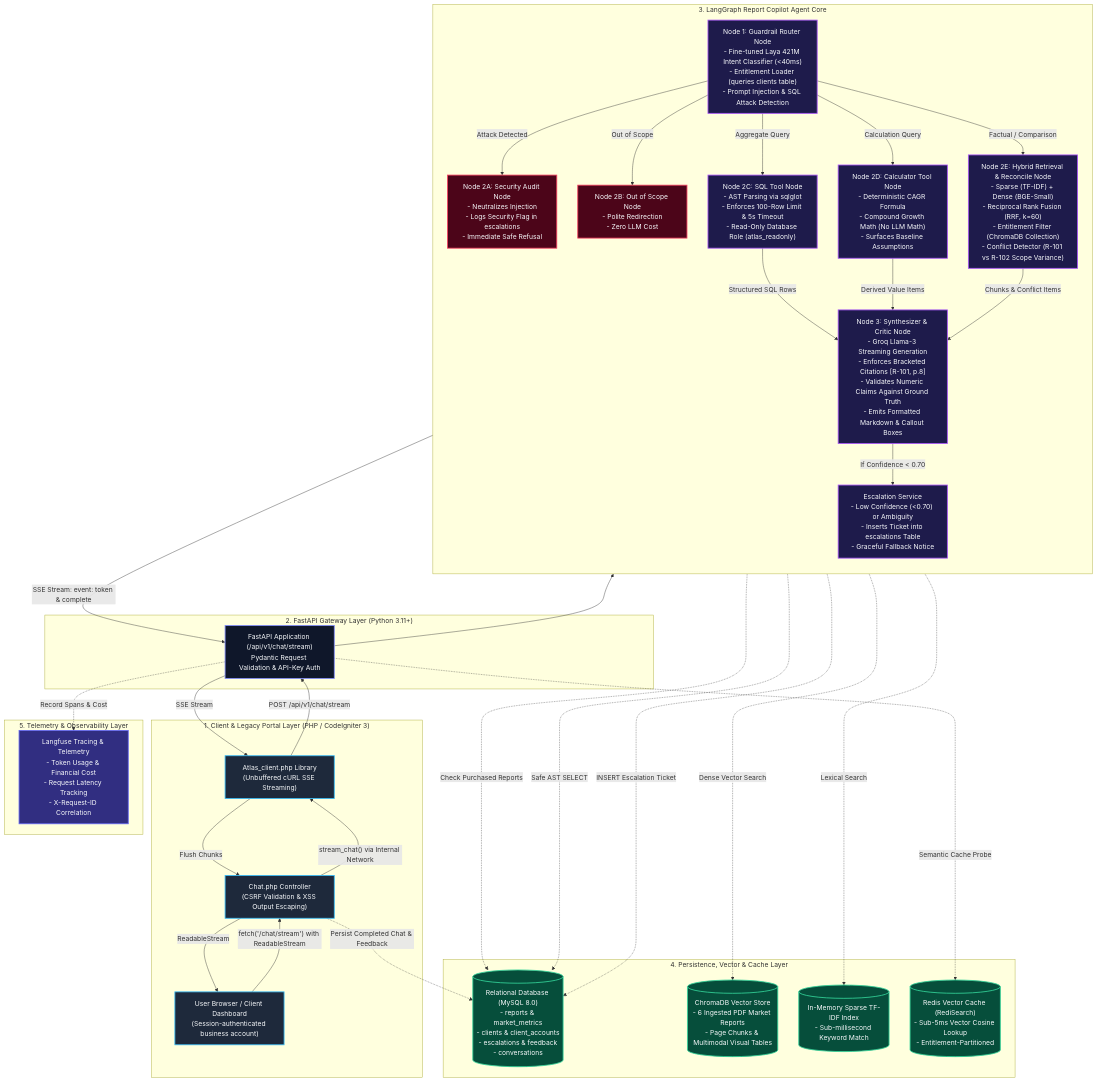
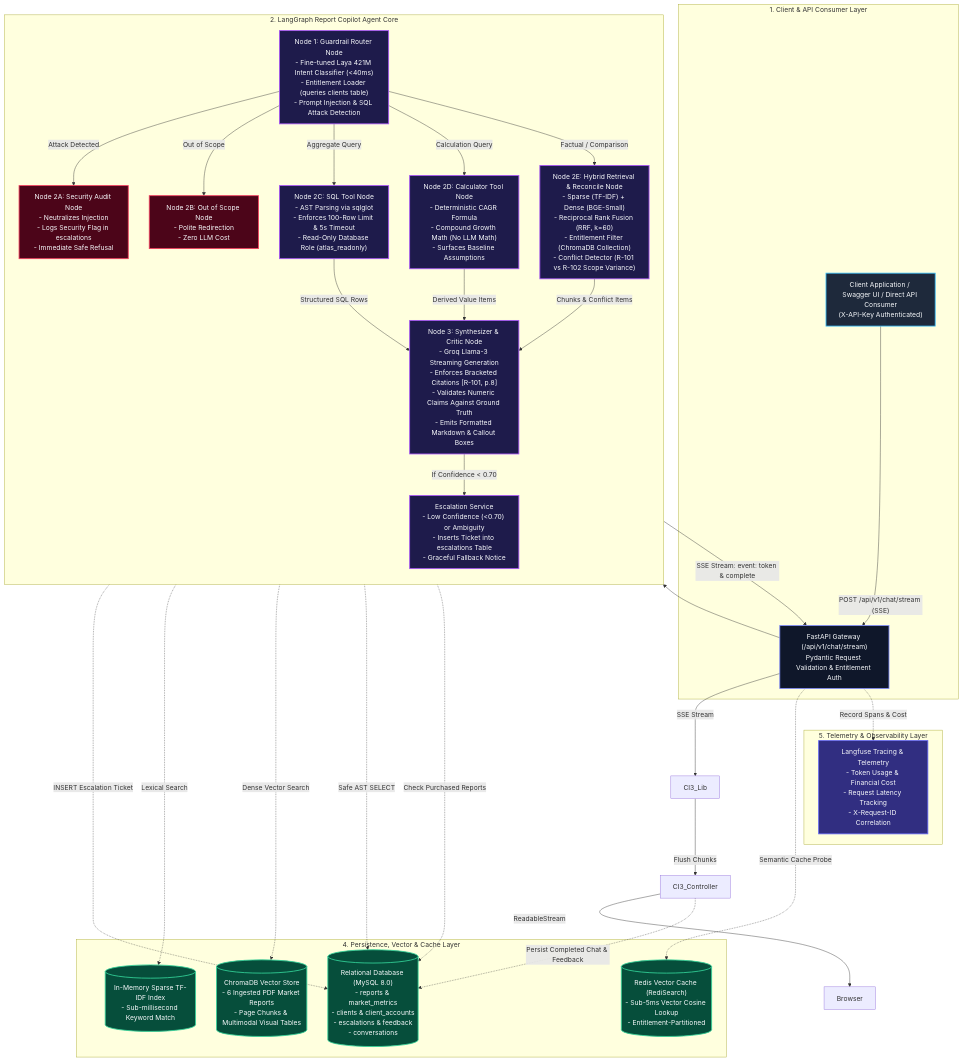
One commit to suyash-rgb/Project-Atlas changed the diagram in README.md. Above: the diagram before and after it, drawn with Mermaid. The commit also changed other lines of this file and 273 other files, not shown here.

Commit message:
chore: sanitize repository and remove legacy PHP portal

````diff
--- a/README.md
+++ b/README.md
@@ -452,82 +386,75 @@
 ```mermaid
 flowchart TD
     %% Styling
     classDef portal fill:#1e293b,stroke:#38bdf8,stroke-width:2px,color:#f8fafc;
     classDef api fill:#0f172a,stroke:#818cf8,stroke-width:2px,color:#f8fafc;
     classDef agent fill:#1e1b4b,stroke:#a855f7,stroke-width:2px,color:#f8fafc;
     classDef guardrail fill:#4c0519,stroke:#f43f5e,stroke-width:2px,color:#f8fafc;
     classDef storage fill:#064e3b,stroke:#34d399,stroke-width:2px,color:#f8fafc;
     classDef obs fill:#312e81,stroke:#6366f1,stroke-width:2px,color:#f8fafc;
 
-    subgraph ClientLayer ["1. Client & Legacy Portal Layer (PHP / CodeIgniter 3)"]
-        Browser["User Browser / Client Dashboard\n(Session-authenticated business account)"]:::portal
-        CI3_Controller["Chat.php Controller\n(CSRF Validation & XSS Output Escaping)"]:::portal
-        CI3_Lib["Atlas_client.php Library\n(Unbuffered cURL SSE Streaming)"]:::portal
+    subgraph ClientLayer ["1. Client & API Consumer Layer"]
+        ClientApp["Client Application / Swagger UI / Direct API Consumer\n(X-API-Key Authenticated)"]:::portal
+        FastAPI_Router["FastAPI Gateway (/api/v1/chat/stream)\nPydantic Request Validation & Entitlement Auth"]:::api
         
-        Browser -->|"fetch('/chat/stream') with ReadableStream"| CI3_Controller
-        CI3_Controller -->|"stream_chat() via Internal Network"| CI3_Lib
+        ClientApp -->|"POST /api/v1/chat/stream (SSE)"| FastAPI_Router
     end
 
-    subgraph APILayer ["2. FastAPI Gateway Layer (Python 3.11+)"]
-        FastAPI_Router["FastAPI Application (/api/v1/chat/stream)\nPydantic Request Validation & API-Key Auth"]:::api
-        CI3_Lib -->|"POST /api/v1/chat/stream"| FastAPI_Router
-    end
-
-    subgraph AgentCore ["3. LangGraph Report Copilot Agent Core"]
+    subgraph AgentCore ["2. LangGraph Report Copilot Agent Core"]
         direction TB
 
         RouterNode["Node 1: Guardrail Router Node\n- Fine-tuned Laya 421M Intent Classifier (<40ms)\n- Entitlement Loader (queries clients table)\n- Prompt Injection & SQL Attack Detection"]:::agent
 
         FastAPI_Router --> RouterNode
 
         SecurityNode["Node 2A: Security Audit Node\n- Neutralizes Injection\n- Logs Security Flag in escalations\n- Immediate Safe Refusal"]:::guardrail
         OutOfScopeNode["Node 2B: Out of Scope Node\n- Polite Redirection\n- Zero LLM Cost"]:::guardrail
         
         SQLNode["Node 2C: SQL Tool Node\n- AST Parsing via sqlglot\n- Enforces 100-Row Limit & 5s Timeout\n- Read-Only Database Role (atlas_readonly)"]:::agent
         
         CalcNode["Node 2D: Calculator Tool Node\n- Deterministic CAGR Formula\n- Compound Growth Math (No LLM Math)\n- Surfaces Baseline Assumptions"]:::agent
         
         RetrievalNode["Node 2E: Hybrid Retrieval & Reconcile Node\n- Sparse (TF-IDF) + Dense (BGE-Small)\n- Reciprocal Rank Fusion (RRF, k=60)\n- Entitlement Filter (ChromaDB Collection)\n- Conflict Detector (R-101 vs R-102 Scope Variance)"]:::agent
 
         SynthesizerNode["Node 3: Synthesizer & Critic Node\n- Groq Llama-3 Streaming Generation\n- Enforces Bracketed Citations [R-101, p.8]\n- Validates Numeric Claims Against Ground Truth\n- Emits Formatted Markdown & Callout Boxes"]:::agent
 
         EscalationHandler["Escalation Service\n- Low Confidence (<0.70) or Ambiguity\n- Inserts Ticket into escalations Table\n- Graceful Fallback Notice"]:::agent
 
         RouterNode -->|"Attack Detected"| SecurityNode
         RouterNode -->|"Out of Scope"| OutOfScopeNode
         RouterNode -->|"Aggregate Query"| SQLNode
         RouterNode -->|"Calculation Query"| CalcNode
         RouterNode -->|"Factual / Comparison"| RetrievalNode
 
         SQLNode -->|"Structured SQL Rows"| SynthesizerNode
         CalcNode -->|"Derived Value Items"| SynthesizerNode
         RetrievalNode -->|"Chunks & Conflict Items"| SynthesizerNode
 
         SynthesizerNode -->|"If Confidence < 0.70"| EscalationHandler
     end
 
     subgraph StorageLayer ["4. Persistence, Vector & Cache Layer"]
         DB[("Relational Database (MySQL 8.0)\n- reports & market_metrics\n- clients & client_accounts\n- escalations & feedback\n- conversations")]:::storage
         VectorDB[("ChromaDB Vector Store\n- 6 Ingested PDF Market Reports\n- Page Chunks & Multimodal Visual Tables")]:::storage
         SparseIndex[("In-Memory Sparse TF-IDF Index\n- Sub-millisecond Keyword Match")]:::storage
         RedisCache[("Redis Vector Cache (RediSearch)\n- Sub-5ms Vector Cosine Lookup\n- Entitlement-Partitioned")]:::storage
     end
 
     subgraph ObservabilityLayer ["5. Telemetry & Observability Layer"]
         Langfuse["Langfuse Tracing & Telemetry\n- Token Usage & Financial Cost\n- Request Latency Tracking\n- X-Request-ID Correlation"]:::obs
     end
 
     RouterNode -.->|"Check Purchased Reports"| DB
     SQLNode -.->|"Safe AST SELECT"| DB
     RetrievalNode -.->|"Dense Vector Search"| VectorDB
     RetrievalNode -.->|"Lexical Search"| SparseIndex
     EscalationHandler -.->|"INSERT Escalation Ticket"| DB
     CI3_Controller -.->|"Persist Completed Chat & Feedback"| DB
     FastAPI_Router -.->|"Record Spans & Cost"| Langfuse
     FastAPI_Router -.->|"Semantic Cache Probe"| RedisCache
 
     SynthesizerNode -->|"SSE Stream: event: token & complete"| FastAPI_Router
     FastAPI_Router -->|"SSE Stream"| CI3_Lib
     CI3_Lib -->|"Flush Chunks"| CI3_Controller
     CI3_Controller -->|"ReadableStream"| Browser
 ```
````
